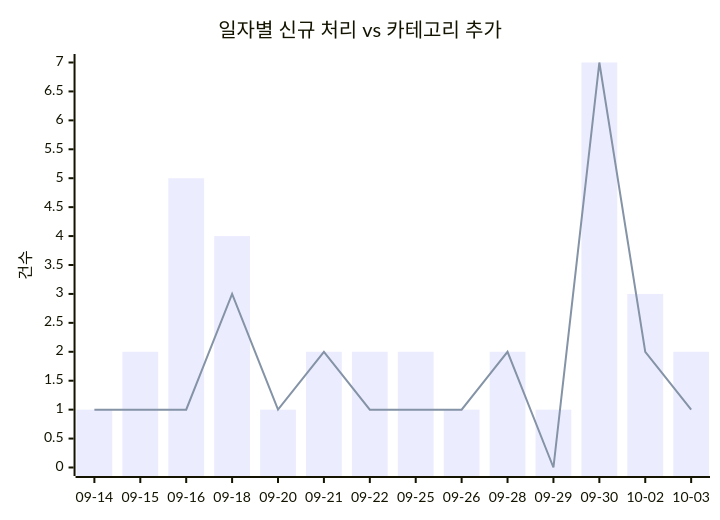
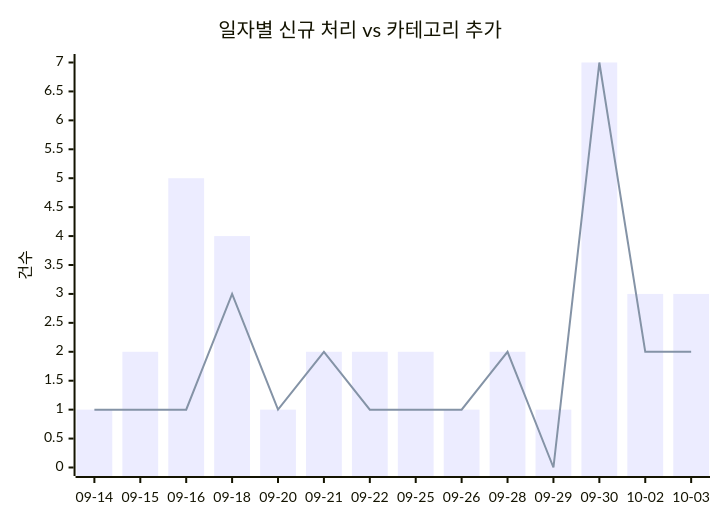
Before and after one commit to J-nowcow/awesome-korean-agent-skills: the first of 2 diagrams in docs/trends.md, drawn with Mermaid. The commit also changed other lines of this file and 4 other files, not shown here.

````diff
--- a/docs/trends.md
+++ b/docs/trends.md
@@ -32,8 +32,8 @@
 ```mermaid
 xychart-beta
     title "일자별 신규 처리 vs 카테고리 추가"
     x-axis ["09-14","09-15","09-16","09-18","09-20","09-21","09-22","09-25","09-26","09-28","09-29","09-30","10-02","10-03"]
     y-axis "건수"
-    bar [1,2,5,4,1,2,2,2,1,2,1,7,3,2]
-    line [1,1,1,3,1,2,1,1,1,2,0,7,2,1]
+    bar [1,2,5,4,1,2,2,2,1,2,1,7,3,3]
+    line [1,1,1,3,1,2,1,1,1,2,0,7,2,2]
 ```
````
